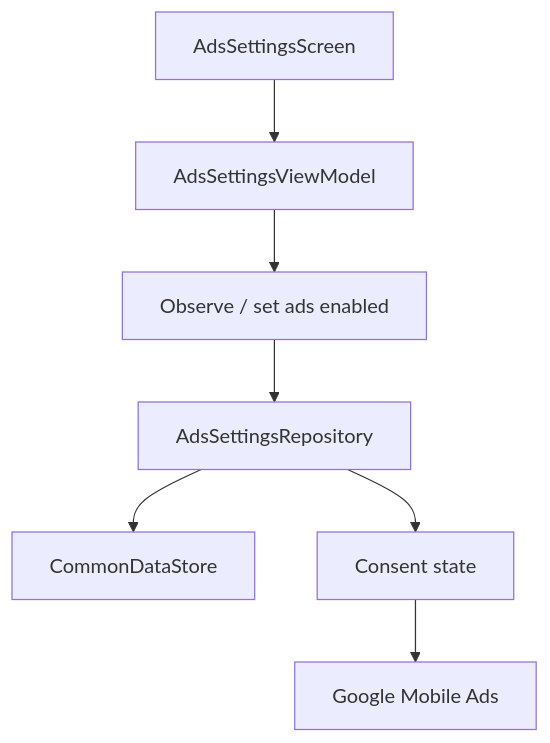
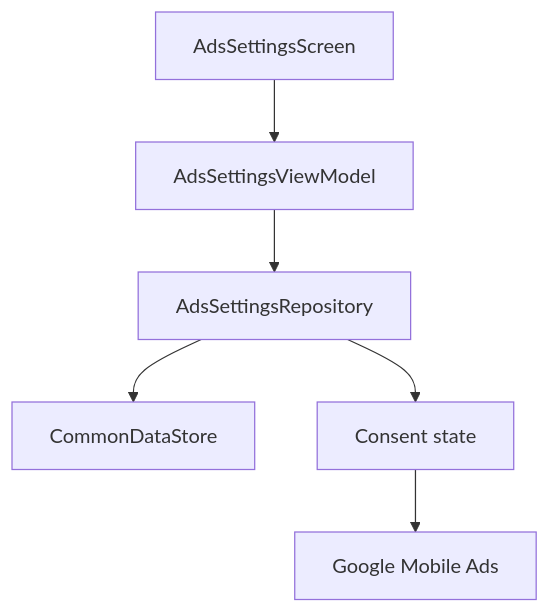
One commit to MihaiCristianCondrea/App-Toolkit-for-Android changed the diagram in library/integration/ads/README.md. Above: the diagram before and after it, drawn with Mermaid. The commit also changed other lines of this file and 41 other files, not shown here.

````diff
--- a/library/integration/ads/README.md
+++ b/library/integration/ads/README.md
@@ -32,9 +32,8 @@
 ```mermaid
 flowchart TD
     Screen[AdsSettingsScreen] --> VM[AdsSettingsViewModel]
-    VM --> UseCases[Observe / set ads enabled]
-    UseCases --> Repo[AdsSettingsRepository]
+    VM --> Repo[AdsSettingsRepository]
     Repo --> Store[CommonDataStore]
     Repo --> Consent[Consent state]
     Consent --> AdsSDK[Google Mobile Ads]
 ```
````
